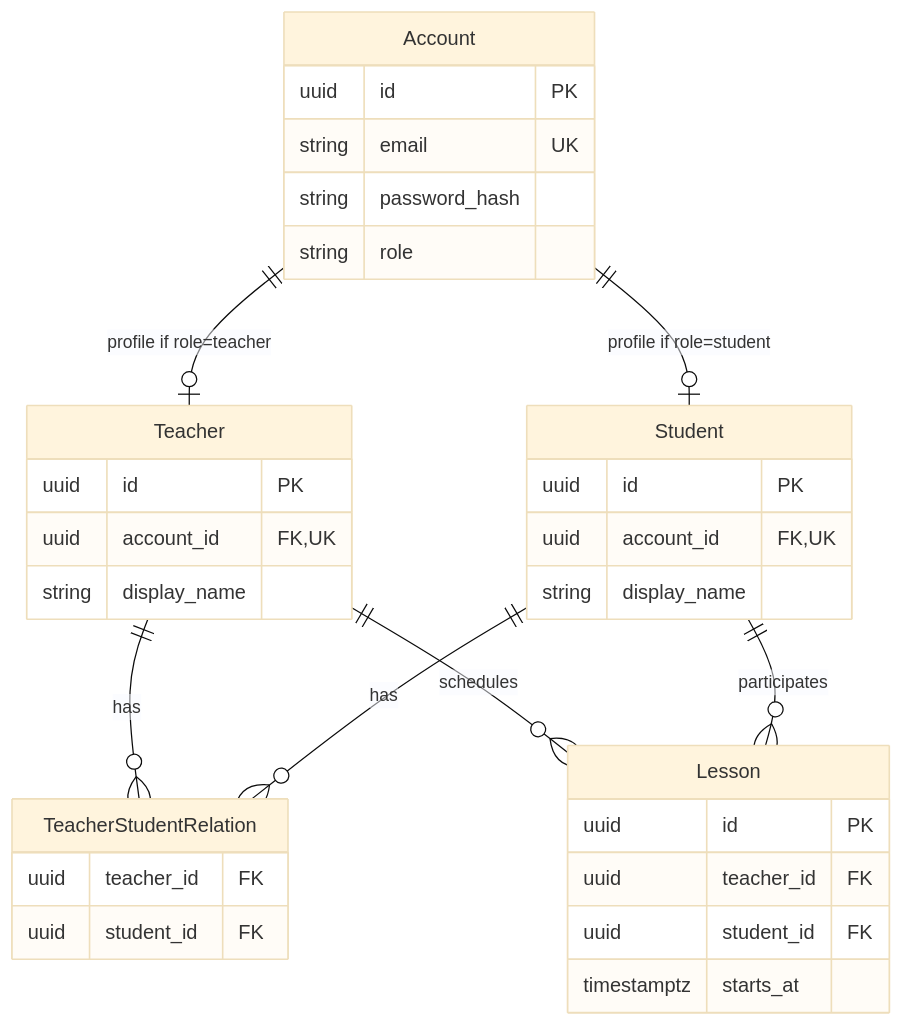
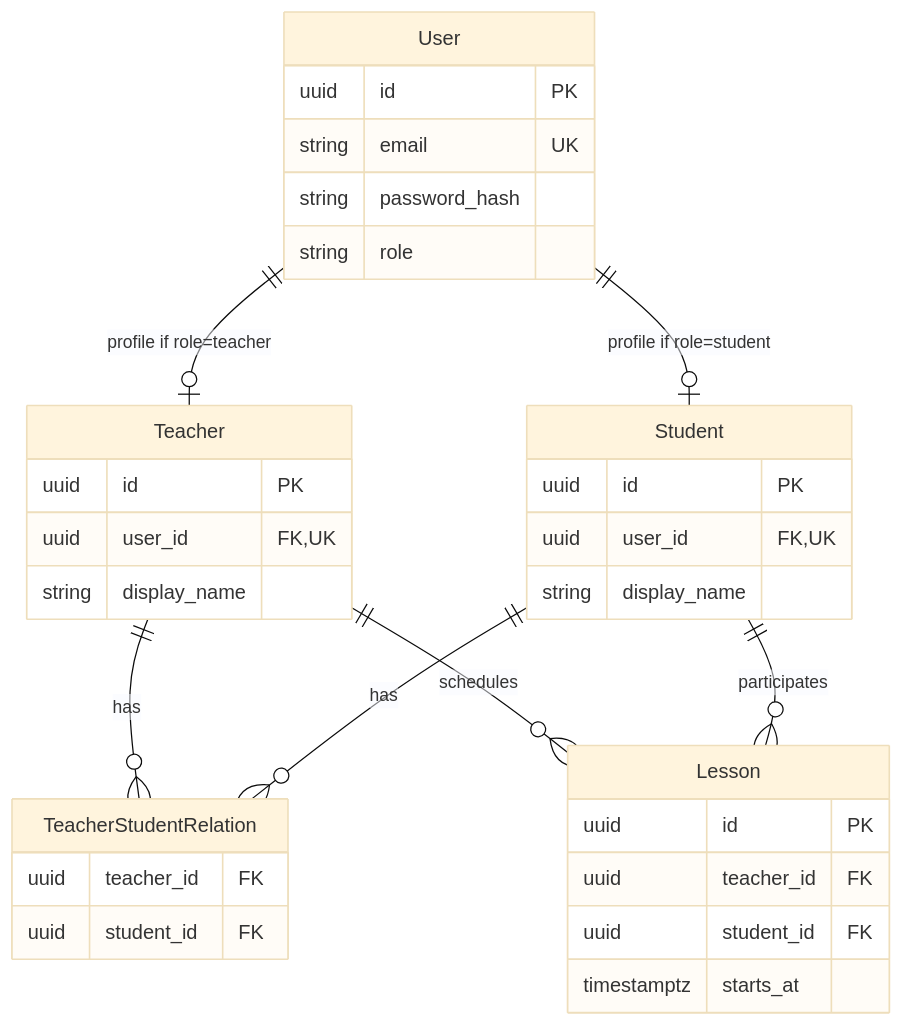
Before and after one commit to tydysh-team/Takt: the diagram in docs/architecture/data-model.md, drawn with Mermaid (base theme). The commit also changed other lines of this file and 19 other files, not shown here.

Commit message:
docs: rename Account entity to User

````diff
--- a/docs/architecture/data-model.md
+++ b/docs/architecture/data-model.md
@@ -23,42 +23,42 @@
 ```mermaid
 erDiagram
-    Account ||--o| Teacher : "profile if role=teacher"
-    Account ||--o| Student : "profile if role=student"
+    User ||--o| Teacher : "profile if role=teacher"
+    User ||--o| Student : "profile if role=student"
 
     Teacher ||--o{ TeacherStudentRelation : has
     Student ||--o{ TeacherStudentRelation : has
 
     Teacher ||--o{ Lesson : schedules
     Student ||--o{ Lesson : participates
 
-    Account {
+    User {
         uuid id PK
         string email UK
         string password_hash
         string role
     }
 
     Teacher {
         uuid id PK
-        uuid account_id FK, UK
+        uuid user_id FK, UK
         string display_name
     }
 
     Student {
         uuid id PK
-        uuid account_id FK, UK
+        uuid user_id FK, UK
         string display_name
     }
 
     TeacherStudentRelation {
         uuid teacher_id FK
         uuid student_id FK
     }
 
     Lesson {
         uuid id PK
         uuid teacher_id FK
         uuid student_id FK
         timestamptz starts_at
     }
 ```
````
